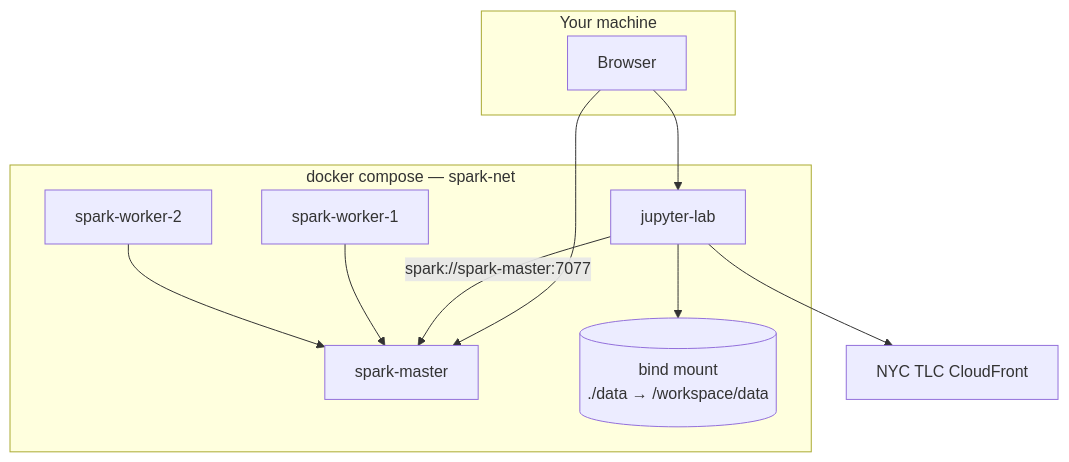
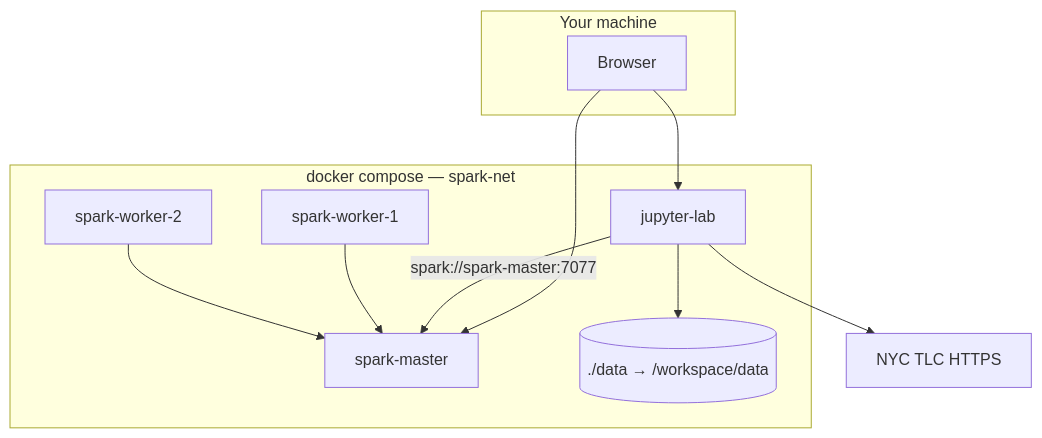
Before and after one commit to ammarchalifah/spark-workshop: the diagram in README.md, drawn with Mermaid. The commit also changed other lines of this file and 10 other files, not shown here.

````diff
--- a/README.md
+++ b/README.md
@@ -68,25 +85,24 @@
 ```mermaid
 flowchart TB
     subgraph host [Your machine]
         Browser[Browser]
     end
 
     subgraph compose [docker compose — spark-net]
         Master["spark-master"]
         W1["spark-worker-1"]
         W2["spark-worker-2"]
         Jupyter["jupyter-lab"]
-        Data[("bind mount\n./data → /workspace/data")]
+        Data[("./data → /workspace/data")]
     end
 
-    TLC["NYC TLC CloudFront"]
+    TLC["NYC TLC HTTPS"]
 
     Browser --> Jupyter
     Browser --> Master
-
     Jupyter -->|"spark://spark-master:7077"| Master
     W1 --> Master
     W2 --> Master
     Jupyter --> Data
     Jupyter --> TLC
 ```
````
